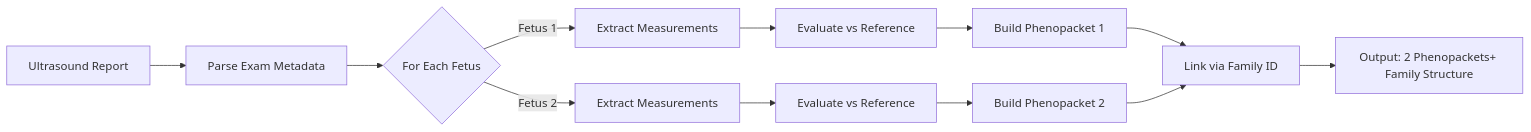
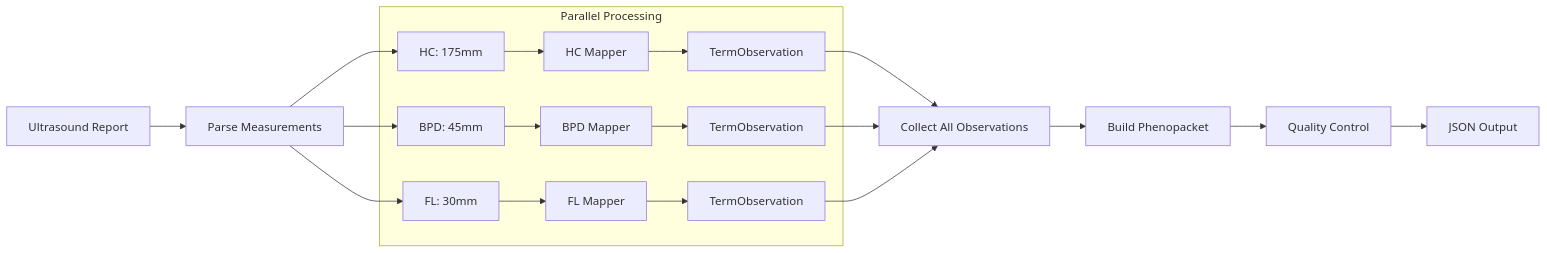
The fourth of 10 diagrams in README.md (P2GX/prenatalppkt), drawn with Mermaid before and after one commit. The commit also changed other lines of this file, not shown here.

Commit message:
docs: revise project README with architecture and module breakdown

````diff
--- a/README.md
+++ b/README.md
@@ -774,19 +439,26 @@
 ```mermaid
 flowchart LR
-   Input[Ultrasound Report] --> ParseExam[Parse Exam Metadata]
-   ParseExam --> FetusLoop{For Each Fetus}
-
-   FetusLoop -->|Fetus 1| M1[Extract Measurements]
-   FetusLoop -->|Fetus 2| M2[Extract Measurements]
-
-   M1 --> Eval1[Evaluate vs Reference]
-   M2 --> Eval2[Evaluate vs Reference]
-
-   Eval1 --> PP1[Build Phenopacket 1]
-   Eval2 --> PP2[Build Phenopacket 2]
-
-   PP1 --> Link[Link via Family ID]
-   PP2 --> Link
-
-   Link --> Output[Output: 2 Phenopackets+ Family Structure]
+    Input[Ultrasound Report] --> Parse[Parse Measurements]
+    
+    Parse --> HC[HC: 175mm]
+    Parse --> BPD[BPD: 45mm]
+    Parse --> FL[FL: 30mm]
+    
+    subgraph Processing["Parallel Processing"]
+        HC --> HCMap[HC Mapper]
+        BPD --> BPDMap[BPD Mapper]
+        FL --> FLMap[FL Mapper]
+        
+        HCMap --> HCObs[TermObservation]
+        BPDMap --> BPDObs[TermObservation]
+        FLMap --> FLObs[TermObservation]
+    end
+    
+    HCObs --> Collect[Collect All Observations]
+    BPDObs --> Collect
+    FLObs --> Collect
+    
+    Collect --> PP[Build Phenopacket]
+    PP --> QC[Quality Control]
+    QC --> Output[JSON Output]
 ```
````
